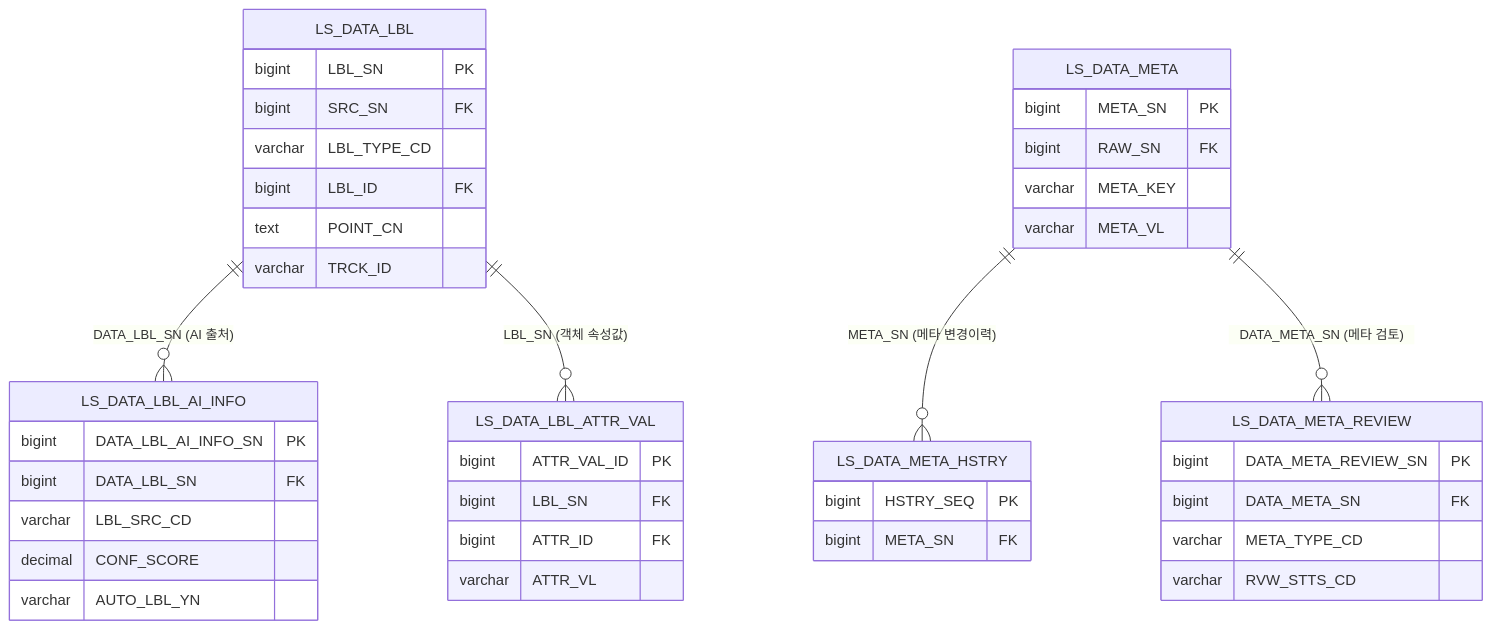
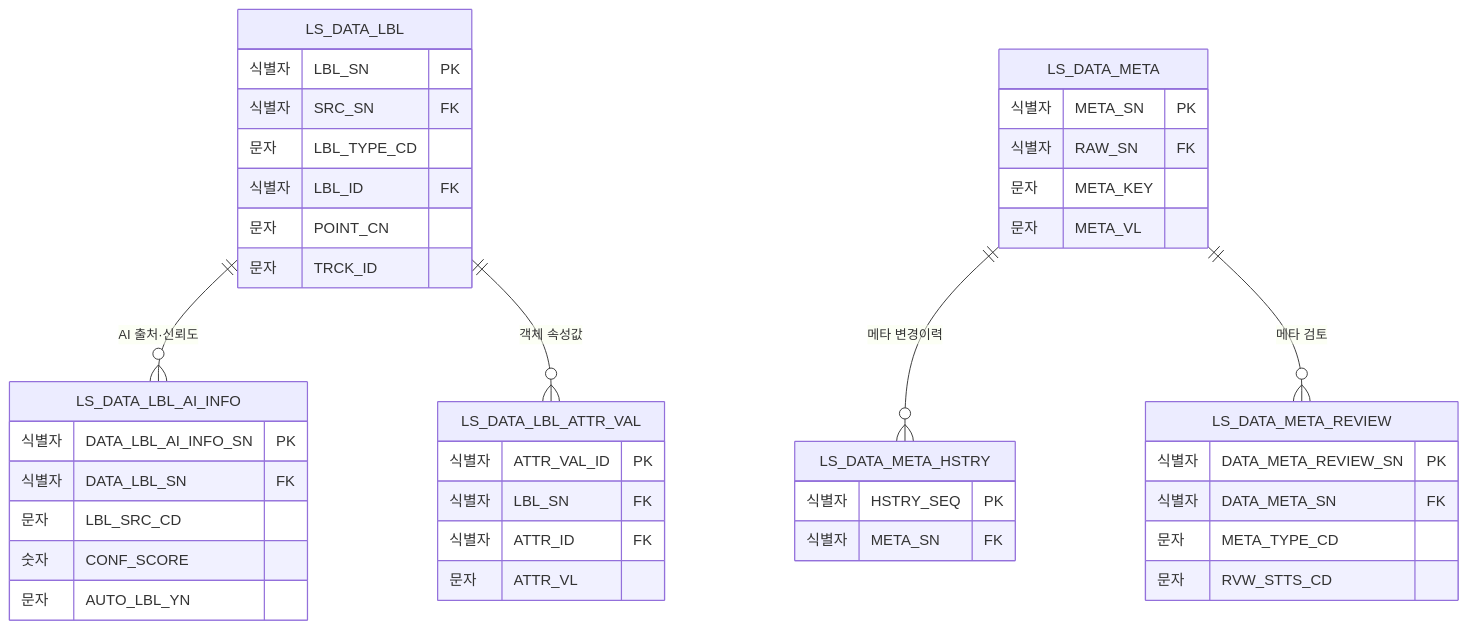
Before and after one commit to New-stella/klid-label: the second of 13 diagrams in docs/design/D8-엔티티관계모형설계서.md, drawn with Mermaid. The commit also changed other lines of this file and 32 other files, not shown here.

````diff
--- a/docs/design/D8-엔티티관계모형설계서.md
+++ b/docs/design/D8-엔티티관계모형설계서.md
@@ -102,44 +106,44 @@
 ```mermaid
 erDiagram
-    LS_DATA_LBL ||--o{ LS_DATA_LBL_AI_INFO : "DATA_LBL_SN (AI 출처)"
-    LS_DATA_LBL ||--o{ LS_DATA_LBL_ATTR_VAL : "LBL_SN (객체 속성값)"
-    LS_DATA_META ||--o{ LS_DATA_META_HSTRY : "META_SN (메타 변경이력)"
-    LS_DATA_META ||--o{ LS_DATA_META_REVIEW : "DATA_META_SN (메타 검토)"
+    LS_DATA_LBL ||--o{ LS_DATA_LBL_AI_INFO : "AI 출처·신뢰도"
+    LS_DATA_LBL ||--o{ LS_DATA_LBL_ATTR_VAL : "객체 속성값"
+    LS_DATA_META ||--o{ LS_DATA_META_HSTRY : "메타 변경이력"
+    LS_DATA_META ||--o{ LS_DATA_META_REVIEW : "메타 검토"
     LS_DATA_LBL {
-        bigint LBL_SN PK
-        bigint SRC_SN FK
-        varchar LBL_TYPE_CD
-        bigint LBL_ID FK
-        text POINT_CN
-        varchar TRCK_ID
+        식별자 LBL_SN PK
+        식별자 SRC_SN FK
+        문자 LBL_TYPE_CD
+        식별자 LBL_ID FK
+        문자 POINT_CN
+        문자 TRCK_ID
     }
     LS_DATA_LBL_AI_INFO {
-        bigint DATA_LBL_AI_INFO_SN PK
-        bigint DATA_LBL_SN FK
-        varchar LBL_SRC_CD
-        decimal CONF_SCORE
-        varchar AUTO_LBL_YN
+        식별자 DATA_LBL_AI_INFO_SN PK
+        식별자 DATA_LBL_SN FK
+        문자 LBL_SRC_CD
+        숫자 CONF_SCORE
+        문자 AUTO_LBL_YN
     }
     LS_DATA_LBL_ATTR_VAL {
-        bigint ATTR_VAL_ID PK
-        bigint LBL_SN FK
-        bigint ATTR_ID FK
-        varchar ATTR_VL
+        식별자 ATTR_VAL_ID PK
+        식별자 LBL_SN FK
+        식별자 ATTR_ID FK
+        문자 ATTR_VL
     }
     LS_DATA_META {
-        bigint META_SN PK
-        bigint RAW_SN FK
-        varchar META_KEY
-        varchar META_VL
+        식별자 META_SN PK
+        식별자 RAW_SN FK
+        문자 META_KEY
+        문자 META_VL
     }
     LS_DATA_META_HSTRY {
-        bigint HSTRY_SEQ PK
-        bigint META_SN FK
+        식별자 HSTRY_SEQ PK
+        식별자 META_SN FK
     }
     LS_DATA_META_REVIEW {
-        bigint DATA_META_REVIEW_SN PK
-        bigint DATA_META_SN FK
-        varchar META_TYPE_CD
-        varchar RVW_STTS_CD
+        식별자 DATA_META_REVIEW_SN PK
+        식별자 DATA_META_SN FK
+        문자 META_TYPE_CD
+        문자 RVW_STTS_CD
     }
 ```
````
